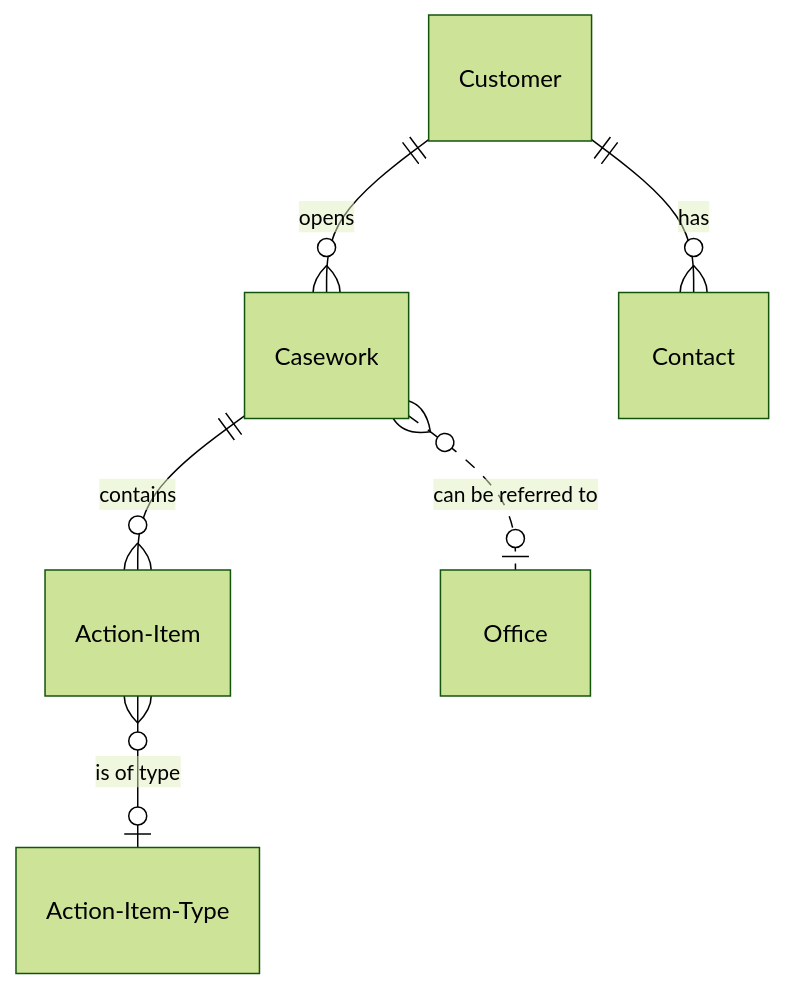
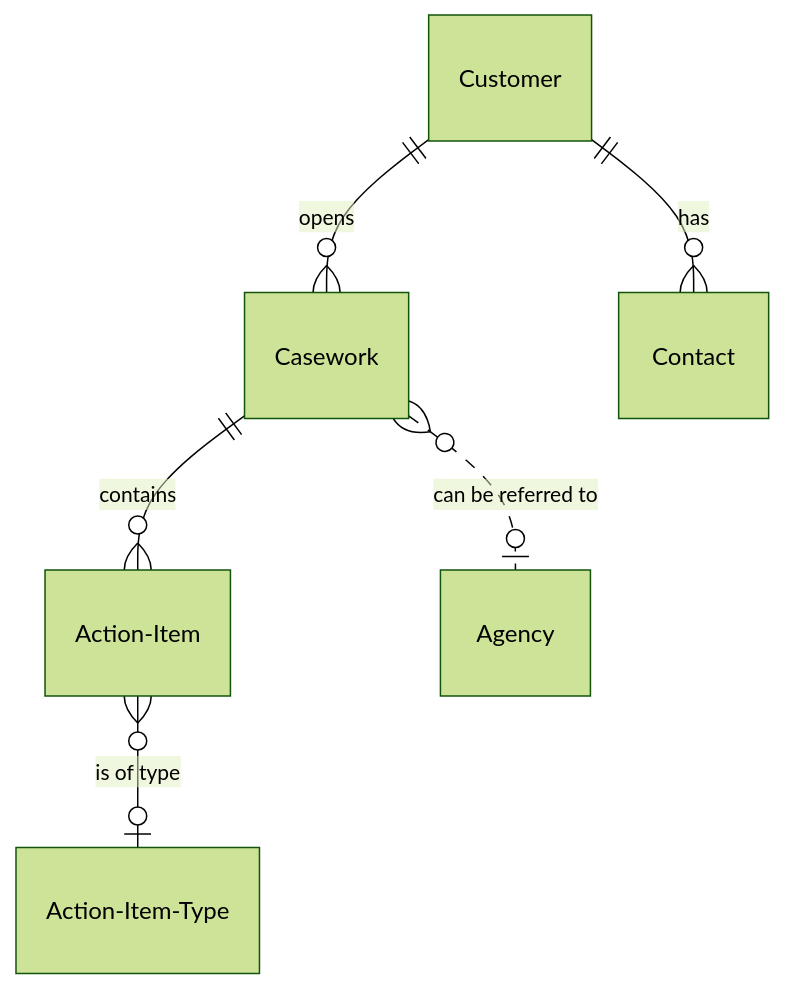
Before and after one commit to gaepdit/sbeap: the diagram in docs/Entity relationship diagram.md, drawn with Mermaid (forest theme). The commit also changed 9 other files, not shown here.

````diff
--- a/docs/Entity relationship diagram.md
+++ b/docs/Entity relationship diagram.md
@@ -3,9 +3,9 @@
 ```mermaid
 erDiagram
 
 Customer    ||--o{ Casework         : "opens"
 Casework    ||--o{ Action-Item      : "contains"
 Customer    ||--o{ Contact          : "has"
-Casework    }o..o| Office           : "can be referred to"
+Casework    }o..o| Agency           : "can be referred to"
 Action-Item }o--o| Action-Item-Type : "is of type"
 ```
````
